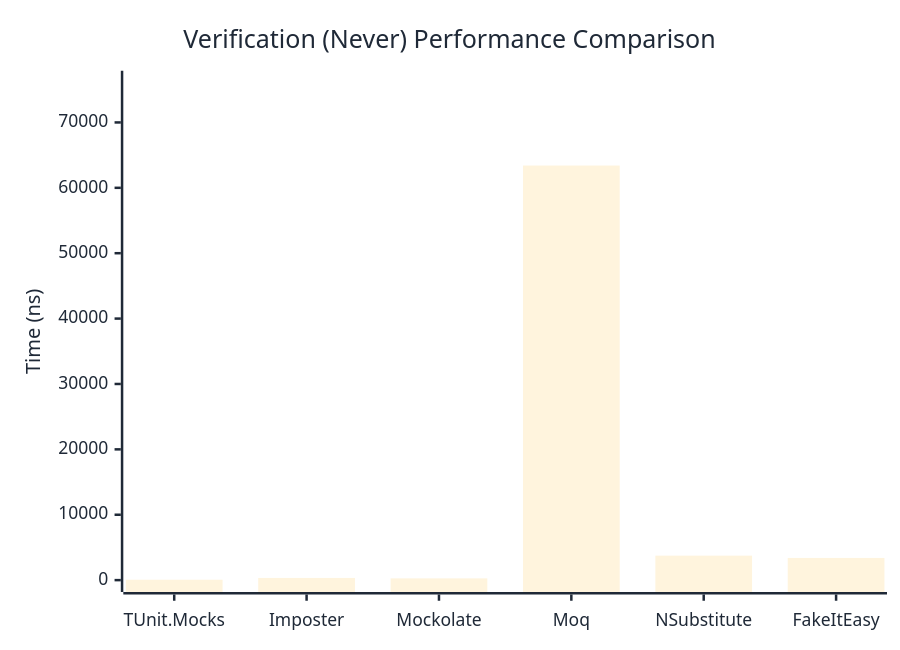
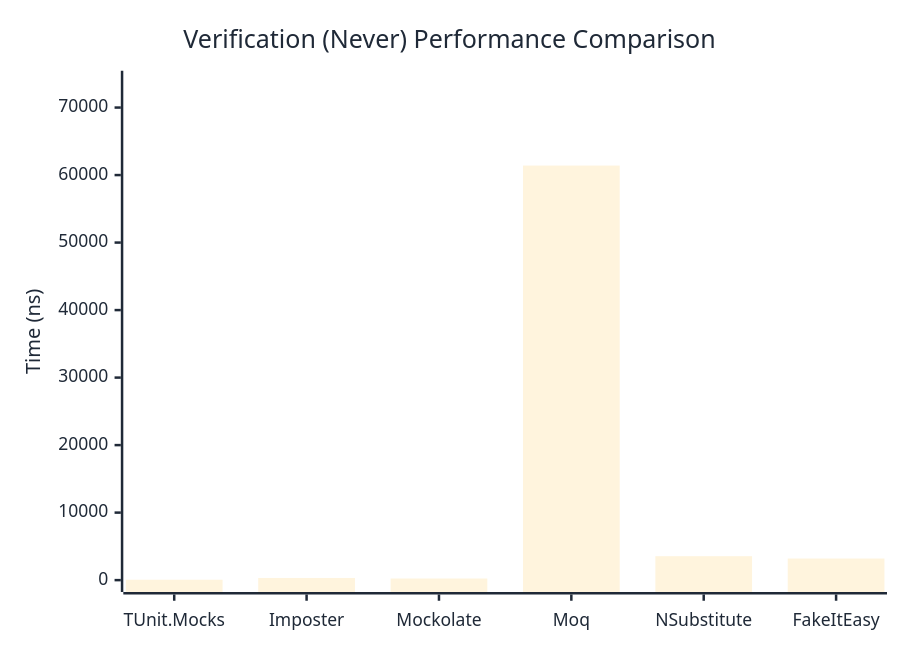
The second of 3 diagrams in docs/docs/benchmarks/mocks/Verification.md (thomhurst/TUnit), drawn with Mermaid before and after one commit. The commit also changed other lines of this file and 14 other files, not shown here.

````diff
--- a/docs/docs/benchmarks/mocks/Verification.md
+++ b/docs/docs/benchmarks/mocks/Verification.md
@@ -71,27 +71,27 @@
 ```mermaid
 %%{init: {
   'theme':'base',
   'themeVariables': {
     'primaryColor': '#2563eb',
     'primaryTextColor': '#1f2937',
     'primaryBorderColor': '#1e40af',
     'lineColor': '#6b7280',
     'secondaryColor': '#7c3aed',
     'tertiaryColor': '#dc2626',
     'background': '#ffffff',
     'pie1': '#2563eb',
     'pie2': '#7c3aed',
     'pie3': '#dc2626',
     'pie4': '#f59e0b',
     'pie5': '#10b981',
     'pie6': '#06b6d4',
     'pie7': '#ec4899',
     'pie8': '#6366f1'
   }
 }}%%
 xychart-beta
   title "Verification (Never) Performance Comparison"
   x-axis ["TUnit.Mocks", "Imposter", "Mockolate", "Moq", "NSubstitute", "FakeItEasy"]
-  y-axis "Time (ns)" 0 --> 76089
-  bar [58.18, 334.99, 270.73, 63407.07, 3743.53, 3392.18]
+  y-axis "Time (ns)" 0 --> 73693
+  bar [60.26, 322.45, 239.36, 61410.23, 3543.25, 3198.46]
 ```
````
